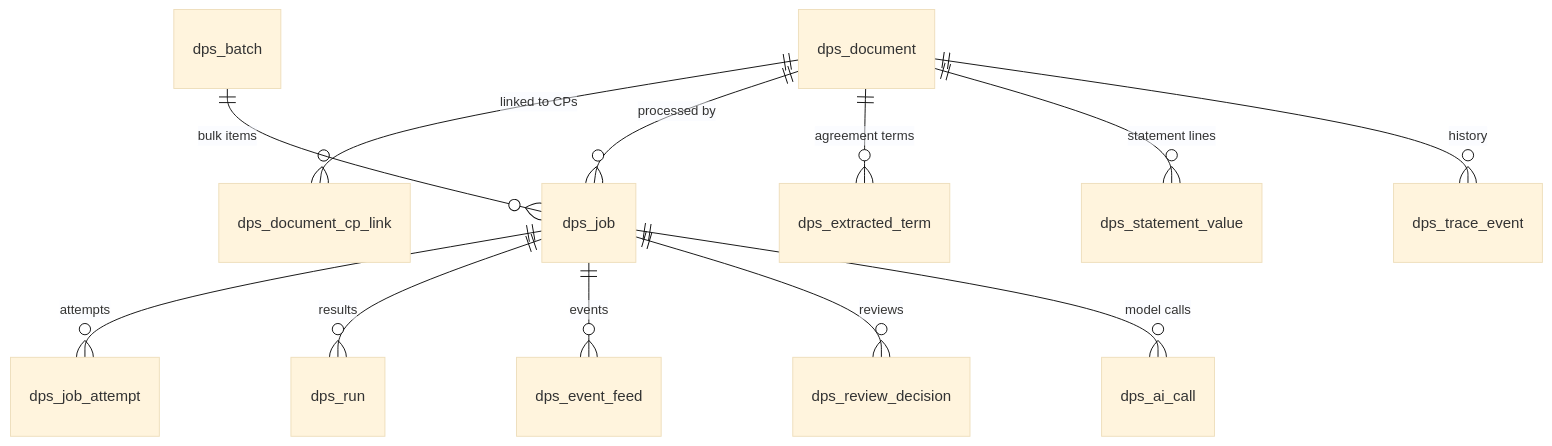
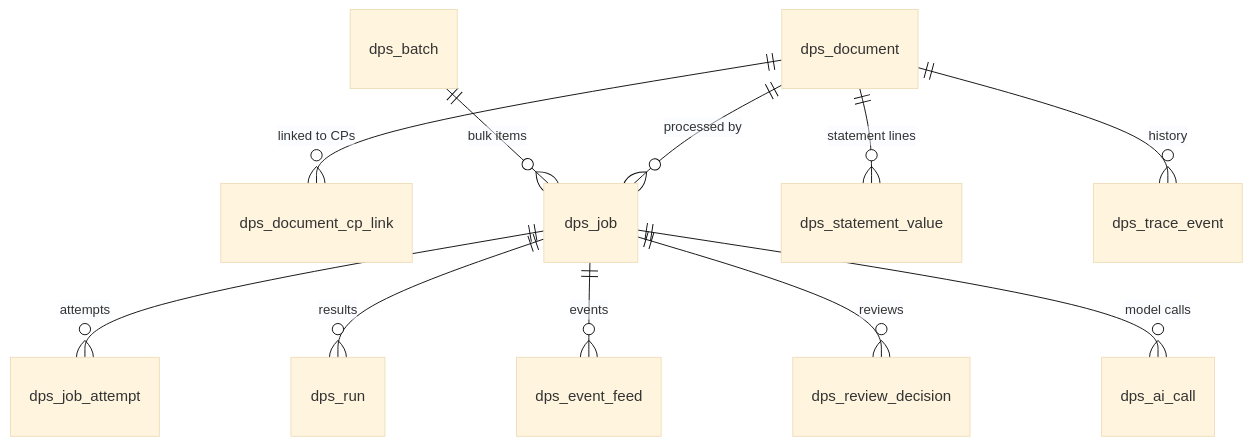
One commit to vishwasshinde016-tech/cts-dps changed the third of 3 diagrams in docs/cts-dps/presenter-guide.md. Above: the diagram before and after it, drawn with Mermaid (base theme). The commit also changed other lines of this file and 30 other files, not shown here.

First line of the commit message:
Demo docs for the current flow, ready for the office laptop

````diff
--- a/docs/cts-dps/presenter-guide.md
+++ b/docs/cts-dps/presenter-guide.md
@@ -899,14 +896,13 @@
 ```mermaid
 erDiagram
   dps_document ||--o{ dps_document_cp_link : "linked to CPs"
   dps_document ||--o{ dps_job : "processed by"
   dps_job ||--o{ dps_job_attempt : "attempts"
   dps_job ||--o{ dps_run : "results"
   dps_job ||--o{ dps_event_feed : "events"
   dps_job ||--o{ dps_review_decision : "reviews"
   dps_batch ||--o{ dps_job : "bulk items"
-  dps_document ||--o{ dps_extracted_term : "agreement terms"
   dps_document ||--o{ dps_statement_value : "statement lines"
   dps_document ||--o{ dps_trace_event : "history"
   dps_job ||--o{ dps_ai_call : "model calls"
 ```
````
